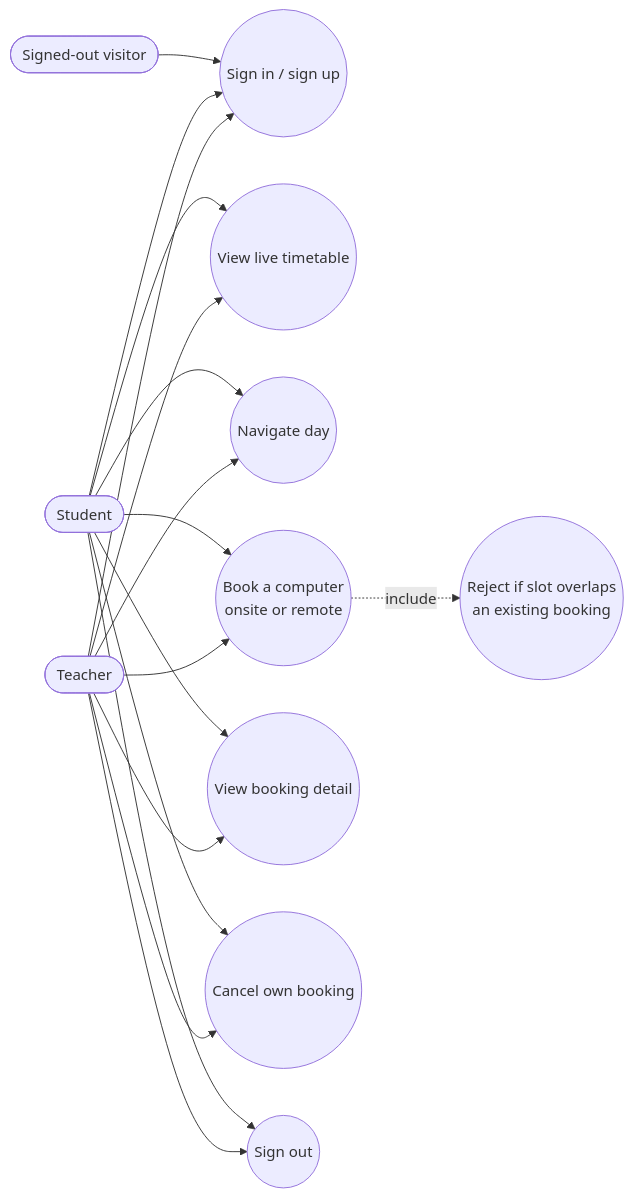
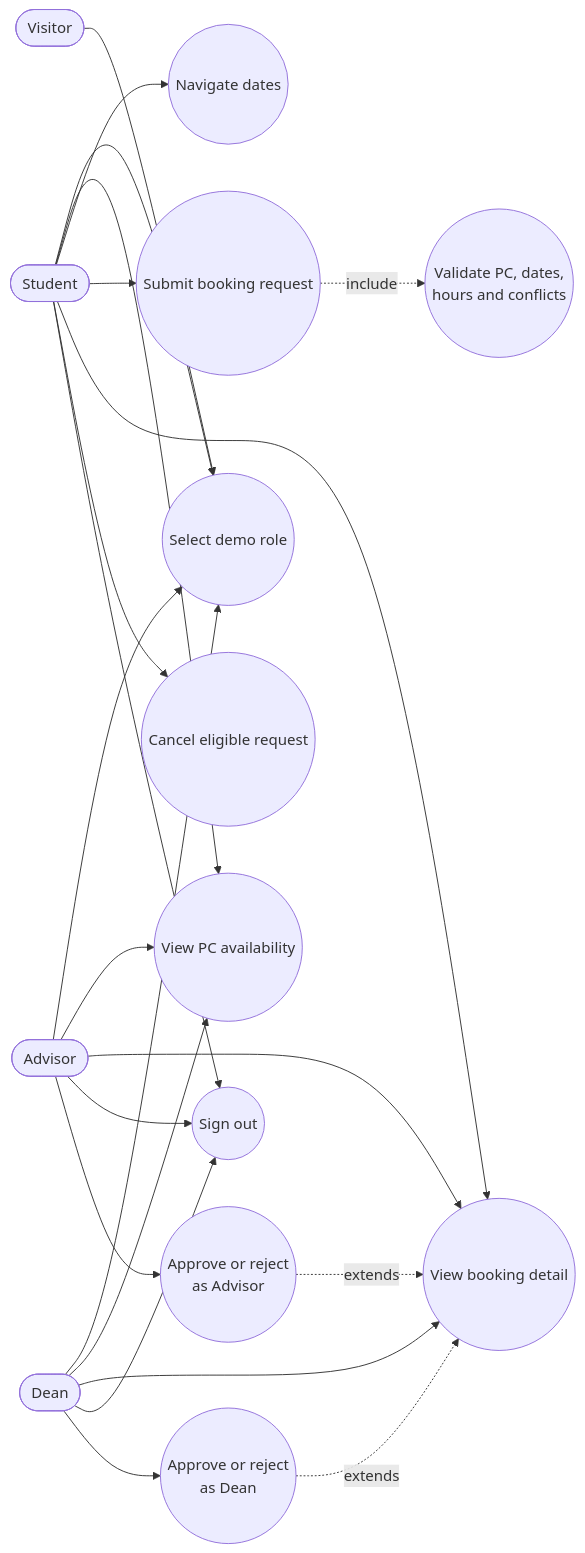
One commit to Leng201202/SE-Lab-Booking-System changed the diagram in .docs/02-design/diagrams/02-use-case-diagram.md. Above: the diagram before and after it, drawn with Mermaid. The commit also changed other lines of this file and 4 other files, not shown here.

Commit message:
update system design diagrams

````diff
--- a/.docs/02-design/diagrams/02-use-case-diagram.md
+++ b/.docs/02-design/diagrams/02-use-case-diagram.md
@@ -3,32 +3,41 @@
 ```mermaid
 flowchart LR
     Student([Student])
-    Teacher([Teacher])
-    Visitor([Signed-out visitor])
+    Advisor([Advisor])
+    Dean([Dean])
+    Visitor([Visitor])
 
-    UC0((Sign in / sign up))
-    UC1((View live timetable))
-    UC2((Navigate day))
-    UC3((Book a computer\nonsite or remote))
+    UC0((Select demo role))
+    UC1((View PC availability))
+    UC2((Navigate dates))
+    UC3((Submit booking request))
     UC4((View booking detail))
-    UC5((Cancel own booking))
+    UC5((Cancel eligible request))
     UC6((Sign out))
+    UC7((Approve or reject\nas Advisor))
+    UC8((Approve or reject\nas Dean))
+    UC9((Validate PC, dates,\nhours and conflicts))
 
     Visitor --> UC0
     Student --> UC0
     Student --> UC1
     Student --> UC2
     Student --> UC3
     Student --> UC4
     Student --> UC5
     Student --> UC6
-    Teacher --> UC0
-    Teacher --> UC1
-    Teacher --> UC2
-    Teacher --> UC3
-    Teacher --> UC4
-    Teacher --> UC5
-    Teacher --> UC6
+    Advisor --> UC0
+    Advisor --> UC1
+    Advisor --> UC4
+    Advisor --> UC6
+    Advisor --> UC7
+    Dean --> UC0
+    Dean --> UC1
+    Dean --> UC4
+    Dean --> UC6
+    Dean --> UC8
 
-    UC3 -.include.-> UC7((Reject if slot overlaps\nan existing booking))
+    UC3 -.include.-> UC9
+    UC7 -.extends.-> UC4
+    UC8 -.extends.-> UC4
 ```
````
